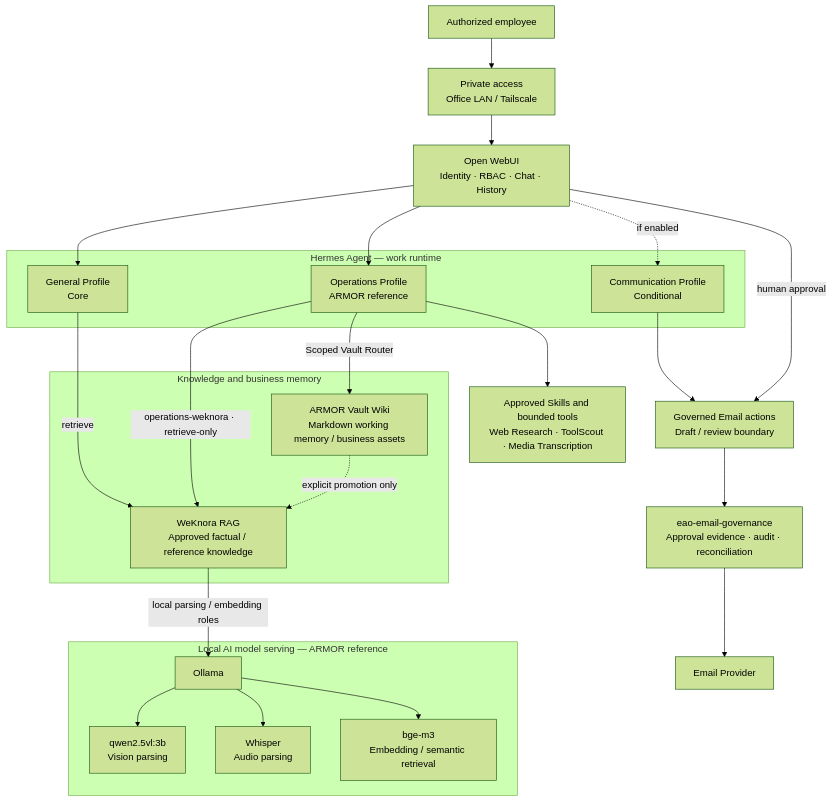
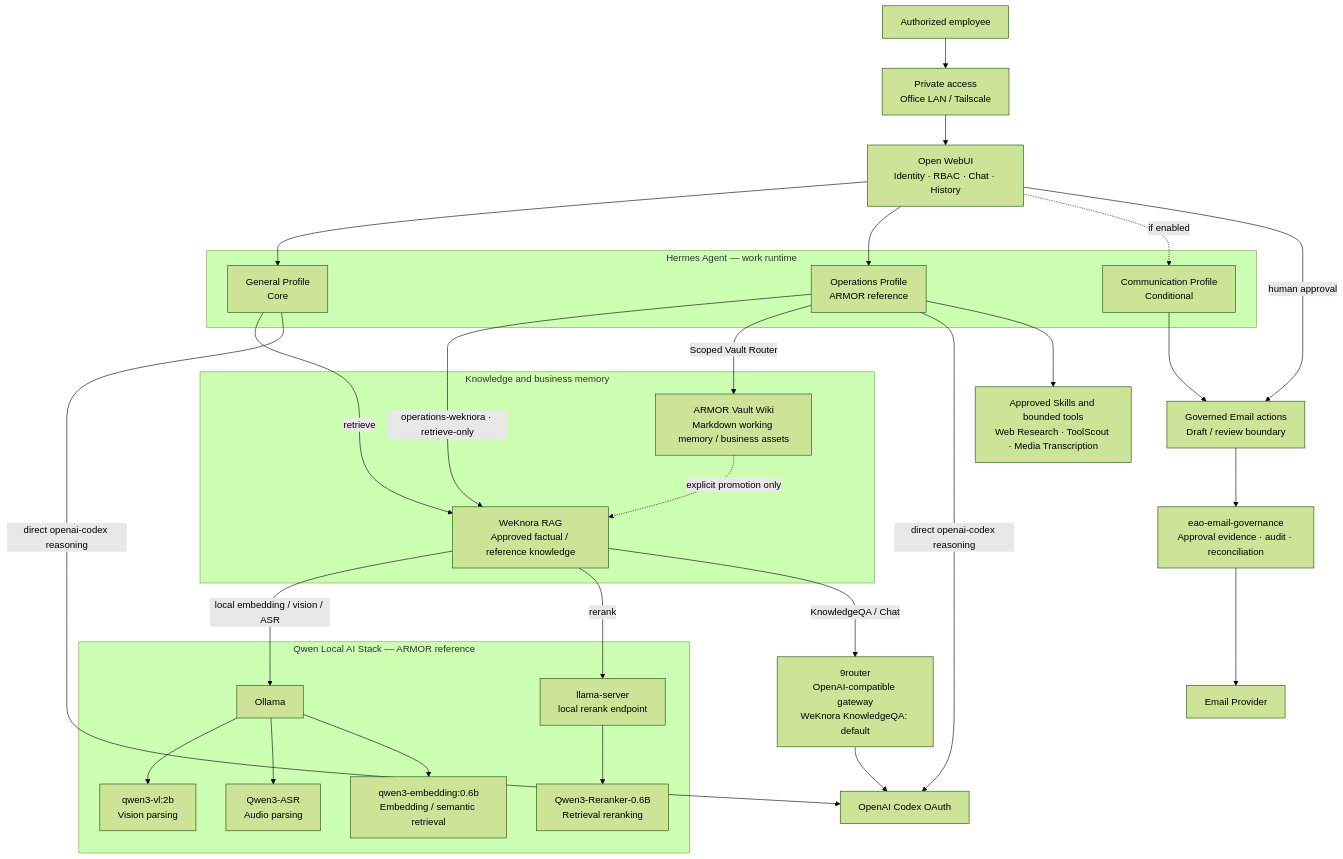
One commit to licat233/Enterprise-AI-Office changed the diagram in README.md. Above: the diagram before and after it, drawn with Mermaid (forest theme). The commit also changed other lines of this file and 7 other files, not shown here.

Commit message:
docs: sync Qwen local model baseline and current runtime status

````diff
--- a/README.md
+++ b/README.md
@@ -131,47 +132,58 @@
 ```mermaid
 flowchart TB
   Employee["Authorized employee"]
   Access["Private access<br/>Office LAN / Tailscale"]
   WebUI["Open WebUI<br/>Identity · RBAC · Chat · History"]
 
   Employee --> Access --> WebUI
 
   subgraph Hermes["Hermes Agent — work runtime"]
     General["General Profile<br/>Core"]
     Operations["Operations Profile<br/>ARMOR reference"]
     Communication["Communication Profile<br/>Conditional"]
   end
 
   WebUI --> General
   WebUI --> Operations
   WebUI -. if enabled .-> Communication
 
   subgraph Knowledge["Knowledge and business memory"]
     WeKnora["WeKnora RAG<br/>Approved factual / reference knowledge"]
     Vault["ARMOR Vault Wiki<br/>Markdown working memory / business assets"]
   end
 
   General -->|retrieve| WeKnora
   Operations -->|operations-weknora · retrieve-only| WeKnora
   Operations -->|Scoped Vault Router| Vault
   Vault -. explicit promotion only .-> WeKnora
 
-  subgraph LocalAI["Local AI model serving — ARMOR reference"]
+  subgraph LocalAI["Qwen Local AI Stack — ARMOR reference"]
     Ollama["Ollama"]
-    VLM["qwen2.5vl:3b<br/>Vision parsing"]
-    ASR["Whisper<br/>Audio parsing"]
-    Embed["bge-m3<br/>Embedding / semantic retrieval"]
+    RerankServe["llama-server<br/>local rerank endpoint"]
+    VLM["qwen3-vl:2b<br/>Vision parsing"]
+    ASR["Qwen3-ASR<br/>Audio parsing"]
+    Embed["qwen3-embedding:0.6b<br/>Embedding / semantic retrieval"]
+    Rerank["Qwen3-Reranker-0.6B<br/>Retrieval reranking"]
     Ollama --> VLM
     Ollama --> ASR
     Ollama --> Embed
+    RerankServe --> Rerank
   end
 
-  WeKnora -->|local parsing / embedding roles| Ollama
+  NineRouter["9router<br/>OpenAI-compatible gateway<br/>WeKnora KnowledgeQA: default"]
+  Codex["OpenAI Codex OAuth"]
+
+  General -->|direct openai-codex reasoning| Codex
+  Operations -->|direct openai-codex reasoning| Codex
+  WeKnora -->|local embedding / vision / ASR| Ollama
+  WeKnora -->|rerank| RerankServe
+  WeKnora -->|KnowledgeQA / Chat| NineRouter
+  NineRouter --> Codex
 
   Operations --> Tools["Approved Skills and bounded tools<br/>Web Research · ToolScout · Media Transcription"]
 
   Communication --> EmailActions["Governed Email actions<br/>Draft / review boundary"]
   WebUI -->|human approval| EmailActions
   EmailActions --> Governance["eao-email-governance<br/>Approval evidence · audit · reconciliation"]
   Governance --> Provider["Email Provider"]
 ```
````
